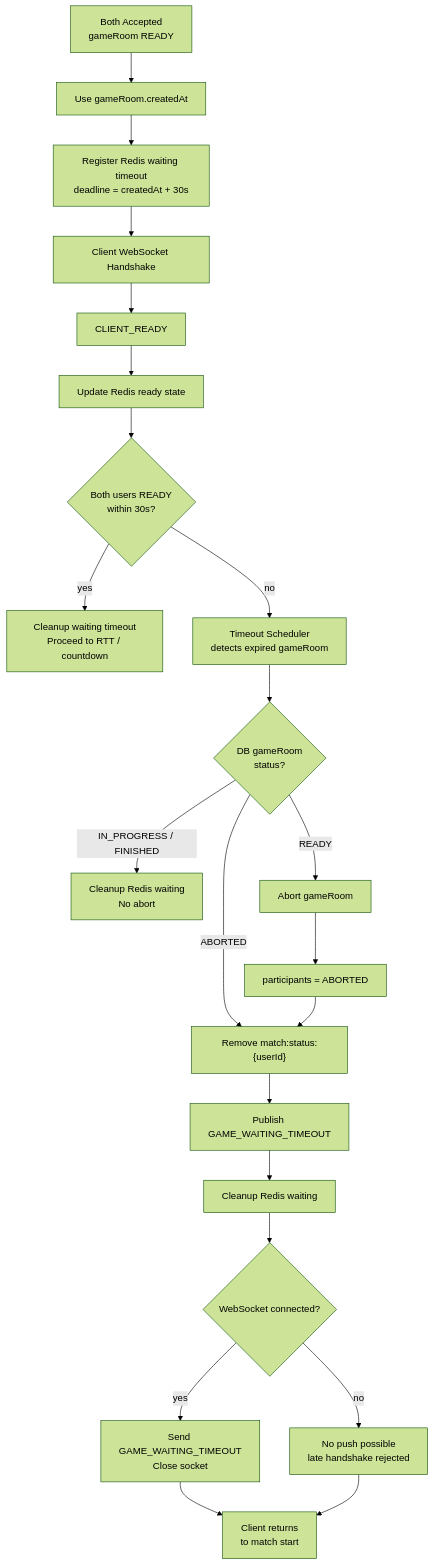
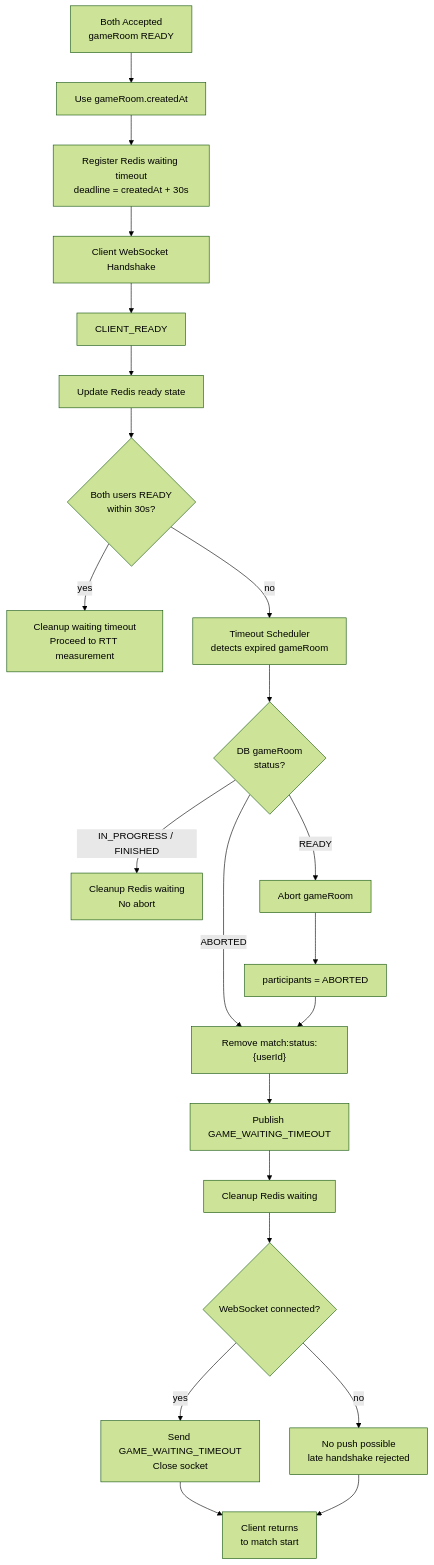
One commit to moonwhistle/League-of-Star changed the first of 9 diagrams in docs/antigravity/backend/issue-42-game-waiting-websocket-timeout.md. Above: the diagram before and after it, drawn with Mermaid (forest theme). The commit also changed other lines of this file and 9 other files, not shown here.

````diff
--- a/docs/antigravity/backend/issue-42-game-waiting-websocket-timeout.md
+++ b/docs/antigravity/backend/issue-42-game-waiting-websocket-timeout.md
@@ -19,29 +19,29 @@
 ```mermaid
 flowchart TD
     A["Both Accepted<br/>gameRoom READY"] --> B["Use gameRoom.createdAt"]
     B --> C["Register Redis waiting timeout<br/>deadline = createdAt + 30s"]
 
     C --> D["Client WebSocket Handshake"]
     D --> E["CLIENT_READY"]
     E --> F["Update Redis ready state"]
 
     F --> G{"Both users READY<br/>within 30s?"}
-    G -->|"yes"| H["Cleanup waiting timeout<br/>Proceed to RTT / countdown"]
+    G -->|"yes"| H["Cleanup waiting timeout<br/>Proceed to RTT measurement"]
     G -->|"no"| I["Timeout Scheduler<br/>detects expired gameRoom"]
 
     I --> J{"DB gameRoom<br/>status?"}
     J -->|"IN_PROGRESS / FINISHED"| K["Cleanup Redis waiting<br/>No abort"]
     J -->|"READY"| L["Abort gameRoom"]
     J -->|"ABORTED"| N["Remove match:status:{userId}"]
     L --> M["participants = ABORTED"]
     M --> N["Remove match:status:{userId}"]
     N --> O["Publish GAME_WAITING_TIMEOUT"]
     O --> P["Cleanup Redis waiting"]
 
     P --> Q{"WebSocket connected?"}
     Q -->|"yes"| R["Send GAME_WAITING_TIMEOUT<br/>Close socket"]
     Q -->|"no"| S["No push possible<br/>late handshake rejected"]
 
     R --> T["Client returns<br/>to match start"]
     S --> T
 ```
````
